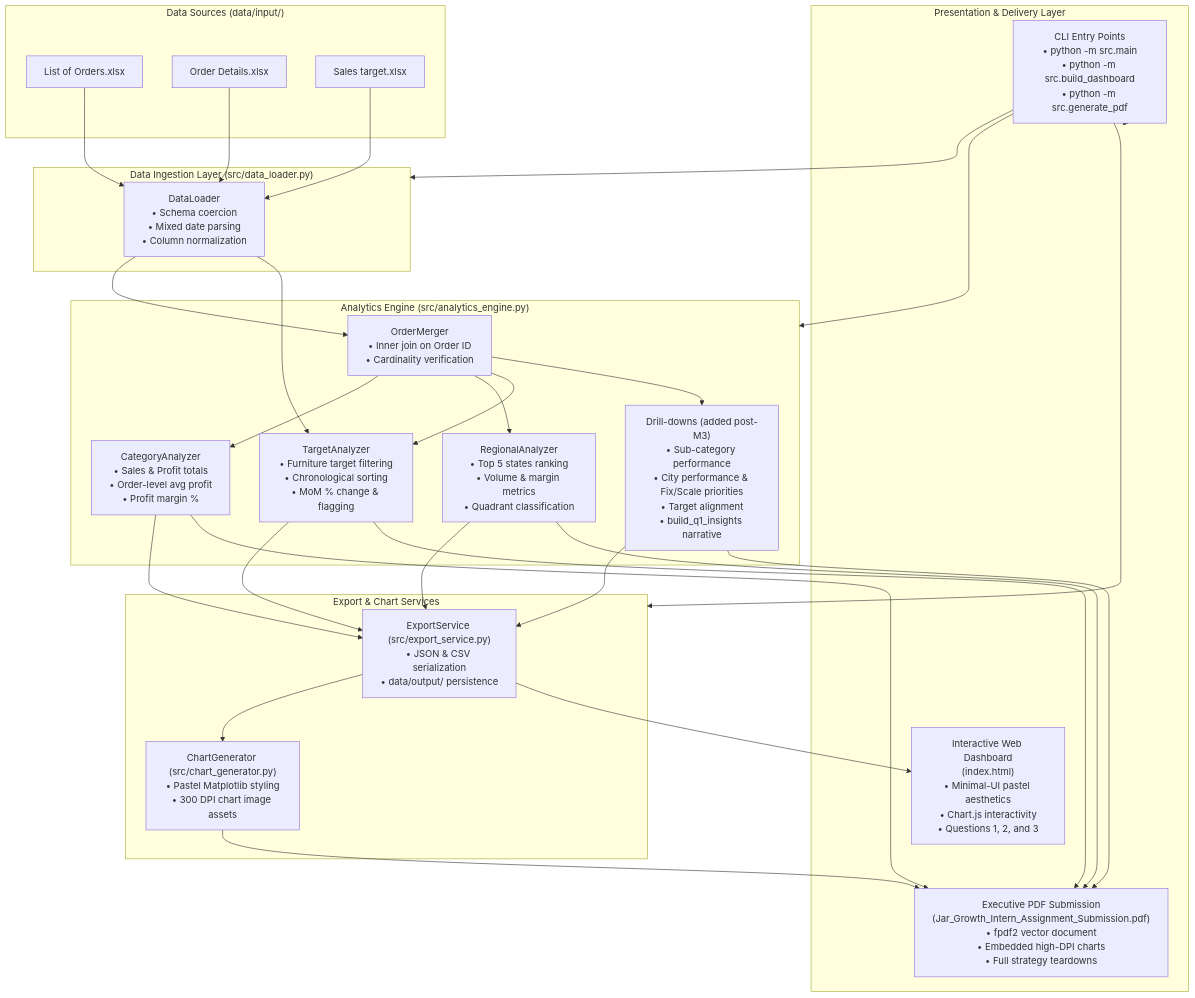
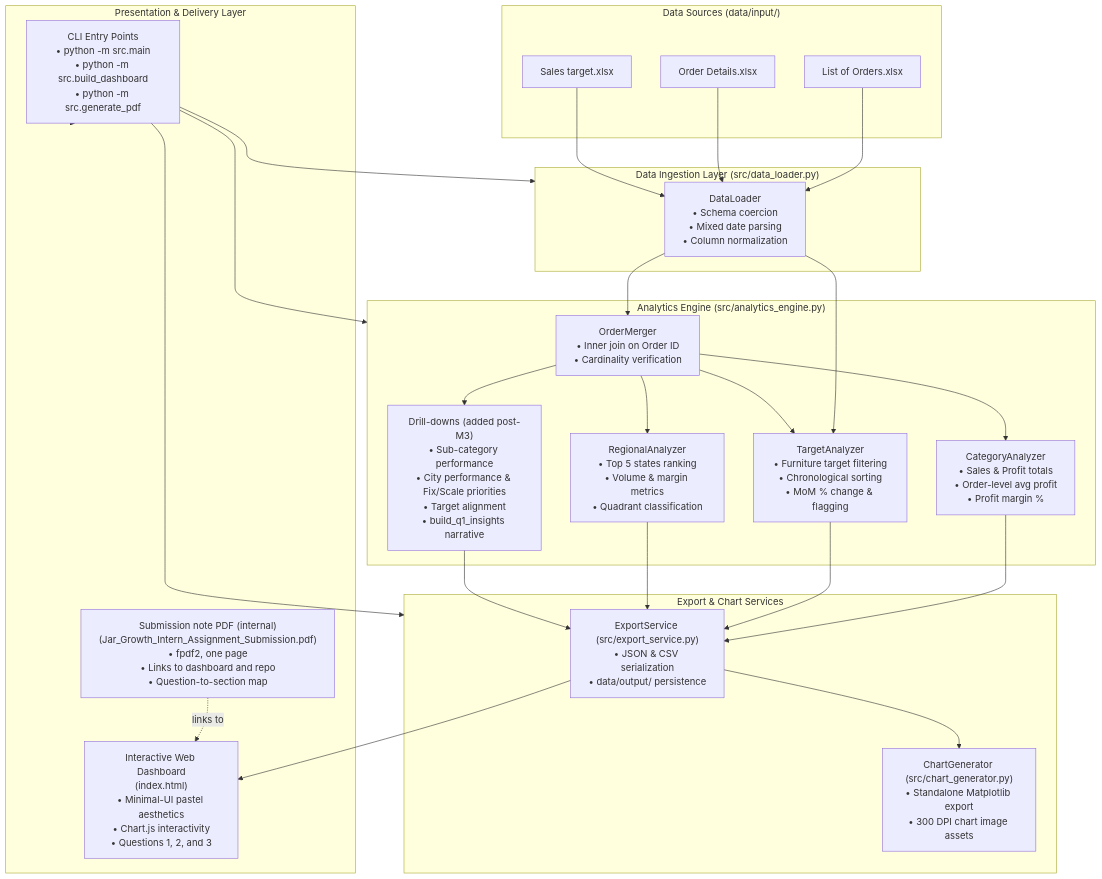
Before and after one commit to jegadeesh17/GrowthInternJar: the diagram in docs/ARCHITECTURE.md, drawn with Mermaid. The commit also changed other lines of this file and 9 other files, not shown here.

First line of the commit message:
feat(pdf): replace 9-page report with a one-page submission note

````diff
--- a/docs/ARCHITECTURE.md
+++ b/docs/ARCHITECTURE.md
@@ -38,60 +38,56 @@
 ```mermaid
 flowchart TD
     subgraph Data Sources ["Data Sources (data/input/)"]
         RawOrders["List of Orders.xlsx"]
         RawDetails["Order Details.xlsx"]
         RawTargets["Sales target.xlsx"]
     end
 
     subgraph Ingestion ["Data Ingestion Layer (src/data_loader.py)"]
         Loader["DataLoader\n• Schema coercion\n• Mixed date parsing\n• Column normalization"]
     end
 
     subgraph Analytics ["Analytics Engine (src/analytics_engine.py)"]
         Merger["OrderMerger\n• Inner join on Order ID\n• Cardinality verification"]
         CatAnalytics["CategoryAnalyzer\n• Sales & Profit totals\n• Order-level avg profit\n• Profit margin %"]
         TargetAnalytics["TargetAnalyzer\n• Furniture target filtering\n• Chronological sorting\n• MoM % change & flagging"]
         StateAnalytics["RegionalAnalyzer\n• Top 5 states ranking\n• Volume & margin metrics\n• Quadrant classification"]
         DrillDown["Drill-downs (added post-M3)\n• Sub-category performance\n• City performance & Fix/Scale priorities\n• Target alignment\n• build_q1_insights narrative"]
     end
 
     subgraph Export ["Export & Chart Services"]
         Exporter["ExportService (src/export_service.py)\n• JSON & CSV serialization\n• data/output/ persistence"]
-        ChartGen["ChartGenerator (src/chart_generator.py)\n• Pastel Matplotlib styling\n• 300 DPI chart image assets"]
+        ChartGen["ChartGenerator (src/chart_generator.py)\n• Standalone Matplotlib export\n• 300 DPI chart image assets"]
     end
 
     subgraph Presentation ["Presentation & Delivery Layer"]
         CLI["CLI Entry Points\n• python -m src.main\n• python -m src.build_dashboard\n• python -m src.generate_pdf"]
         WebDash["Interactive Web Dashboard\n(index.html)\n• Minimal-UI pastel aesthetics\n• Chart.js interactivity\n• Questions 1, 2, and 3"]
-        ExecPDF["Executive PDF Submission\n(Jar_Growth_Intern_Assignment_Submission.pdf)\n• fpdf2 vector document\n• Embedded high-DPI charts\n• Full strategy teardowns"]
+        ExecPDF["Submission note PDF (internal)\n(Jar_Growth_Intern_Assignment_Submission.pdf)\n• fpdf2, one page\n• Links to dashboard and repo\n• Question-to-section map"]
     end
 
     RawOrders --> Loader
     RawDetails --> Loader
     RawTargets --> Loader
 
     Loader --> Merger
     Merger --> CatAnalytics
     Merger --> StateAnalytics
     Loader --> TargetAnalytics
     Merger --> TargetAnalytics
 
     CatAnalytics --> Exporter
     TargetAnalytics --> Exporter
     StateAnalytics --> Exporter
     Merger --> DrillDown
     DrillDown --> Exporter
-    DrillDown --> ExecPDF
 
     Exporter --> ChartGen
-    ChartGen --> ExecPDF
-    CatAnalytics --> ExecPDF
-    TargetAnalytics --> ExecPDF
-    StateAnalytics --> ExecPDF
 
     Exporter --> WebDash
+    ExecPDF -. links to .-> WebDash
     CLI --> Ingestion
     CLI --> Analytics
     CLI --> Export
     CLI --> Presentation
 ```
````
